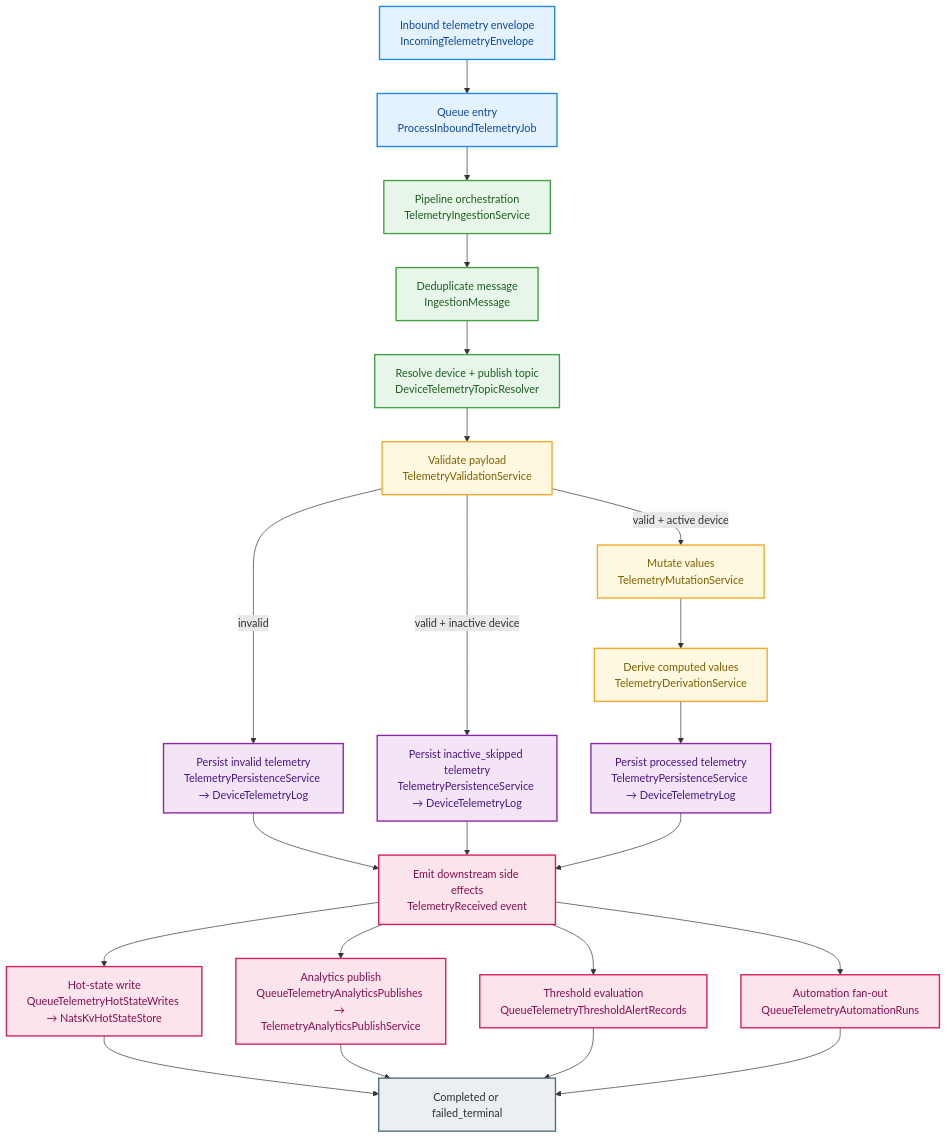
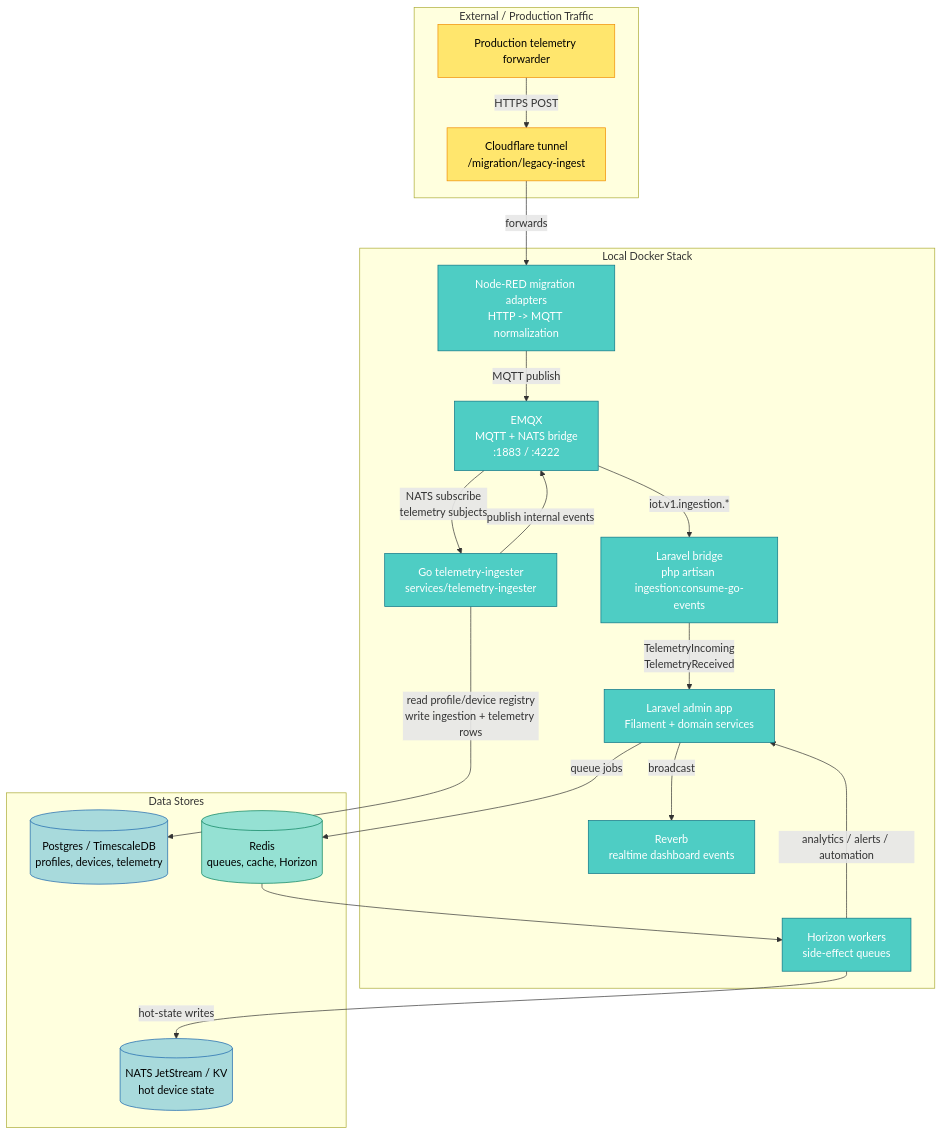
One commit to Althinect/iot-portal changed the first of 6 diagrams in docs/data-ingestion/02-architecture.md. Above: the diagram before and after it, drawn with Mermaid. The commit also changed other lines of this file and 23 other files, not shown here.

Commit message:
Go services added for ingestion

````diff
--- a/docs/data-ingestion/02-architecture.md
+++ b/docs/data-ingestion/02-architecture.md
@@ -7,38 +7,47 @@
 ```mermaid
-flowchart TD
-  A[Inbound telemetry envelope<br/>IncomingTelemetryEnvelope] --> B[Queue entry<br/>ProcessInboundTelemetryJob]
-  B --> C[Pipeline orchestration<br/>TelemetryIngestionService]
-  C --> D[Deduplicate message<br/>IngestionMessage]
-  D --> E[Resolve device + publish topic<br/>DeviceTelemetryTopicResolver]
-  E --> F[Validate payload<br/>TelemetryValidationService]
-  F -->|invalid| G[Persist invalid telemetry<br/>TelemetryPersistenceService → DeviceTelemetryLog]
-  F -->|valid + inactive device| H[Persist inactive_skipped telemetry<br/>TelemetryPersistenceService → DeviceTelemetryLog]
-  F -->|valid + active device| I[Mutate values<br/>TelemetryMutationService]
-  I --> J[Derive computed values<br/>TelemetryDerivationService]
-  J --> K[Persist processed telemetry<br/>TelemetryPersistenceService → DeviceTelemetryLog]
-  G --> L[Emit downstream side effects<br/>TelemetryReceived event]
-  H --> L
-  K --> L
-  L --> M[Hot-state write<br/>QueueTelemetryHotStateWrites → NatsKvHotStateStore]
-  L --> N[Analytics publish<br/>QueueTelemetryAnalyticsPublishes → TelemetryAnalyticsPublishService]
-  L --> O[Threshold evaluation<br/>QueueTelemetryThresholdAlertRecords]
-  L --> P[Automation fan-out<br/>QueueTelemetryAutomationRuns]
-  M --> Q[Completed or failed_terminal]
-  N --> Q
-  O --> Q
-  P --> Q
+flowchart TB
+    subgraph External["External / Production Traffic"]
+        Prod["Production telemetry forwarder"]
+        Tunnel["Cloudflare tunnel<br/>/migration/legacy-ingest"]
+    end
 
-  classDef transport fill:#E3F2FD,stroke:#1E88E5,color:#0D47A1,stroke-width:2px;
-  classDef orchestration fill:#E8F5E9,stroke:#43A047,color:#1B5E20,stroke-width:2px;
-  classDef validation fill:#FFF8E1,stroke:#F9A825,color:#7F6000,stroke-width:2px;
-  classDef persistence fill:#F3E5F5,stroke:#8E24AA,color:#4A148C,stroke-width:2px;
-  classDef eventing fill:#FCE4EC,stroke:#D81B60,color:#880E4F,stroke-width:2px;
-  classDef outcome fill:#ECEFF1,stroke:#546E7A,color:#263238,stroke-width:2px;
+    subgraph Local["Local Docker Stack"]
+        NodeRED["Node-RED migration adapters<br/>HTTP -> MQTT normalization"]
+        EMQX["EMQX<br/>MQTT + NATS bridge<br/>:1883 / :4222"]
+        Go["Go telemetry-ingester<br/>services/telemetry-ingester"]
+        Bridge["Laravel bridge<br/>php artisan ingestion:consume-go-events"]
+        Laravel["Laravel admin app<br/>Filament + domain services"]
+        Horizon["Horizon workers<br/>side-effect queues"]
+        Reverb["Reverb<br/>realtime dashboard events"]
+    end
 
-  class A,B transport;
-  class C,D,E orchestration;
-  class F,I,J validation;
-  class G,H,K persistence;
-  class L,M,N,O,P eventing;
-  class Q outcome;
+    subgraph Data["Data Stores"]
+        Postgres[("Postgres / TimescaleDB<br/>profiles, devices, telemetry")]
+        Redis[("Redis<br/>queues, cache, Horizon")]
+        NatsKV[("NATS JetStream / KV<br/>hot device state")]
+    end
+
+    Prod -->|HTTPS POST| Tunnel
+    Tunnel -->|forwards| NodeRED
+    NodeRED -->|MQTT publish| EMQX
+    EMQX -->|NATS subscribe<br/>telemetry subjects| Go
+    Go -->|read profile/device registry<br/>write ingestion + telemetry rows| Postgres
+    Go -->|publish internal events| EMQX
+    EMQX -->|iot.v1.ingestion.*| Bridge
+    Bridge -->|TelemetryIncoming<br/>TelemetryReceived| Laravel
+    Laravel -->|queue jobs| Redis
+    Redis --> Horizon
+    Horizon -->|hot-state writes| NatsKV
+    Horizon -->|analytics / alerts / automation| Laravel
+    Laravel -->|broadcast| Reverb
+
+    classDef external fill:#FFE66D,stroke:#F08C00,color:#000
+    classDef runtime fill:#4ECDC4,stroke:#0B7285,color:#fff
+    classDef data fill:#A8DADC,stroke:#1864AB,color:#000
+    classDef queue fill:#95E1D3,stroke:#087F5B,color:#000
+
+    class Prod,Tunnel external
+    class NodeRED,EMQX,Go,Bridge,Laravel,Horizon,Reverb runtime
+    class Postgres,NatsKV data
+    class Redis queue
 ```
````
